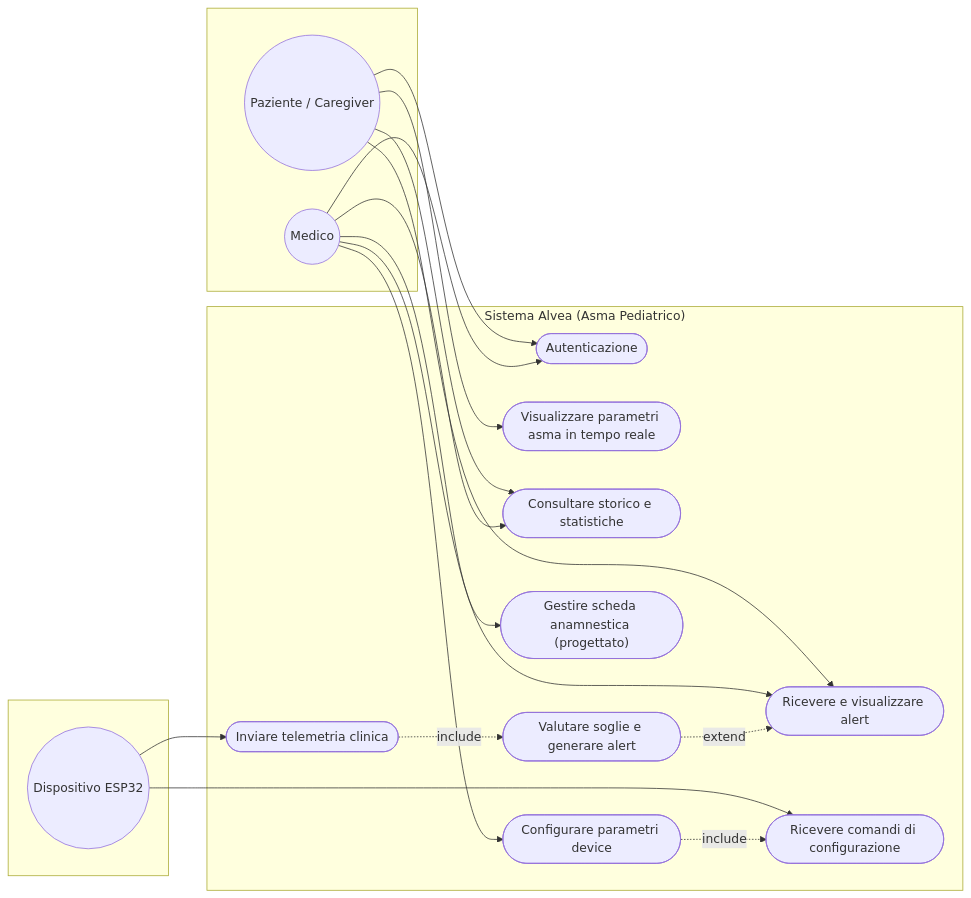
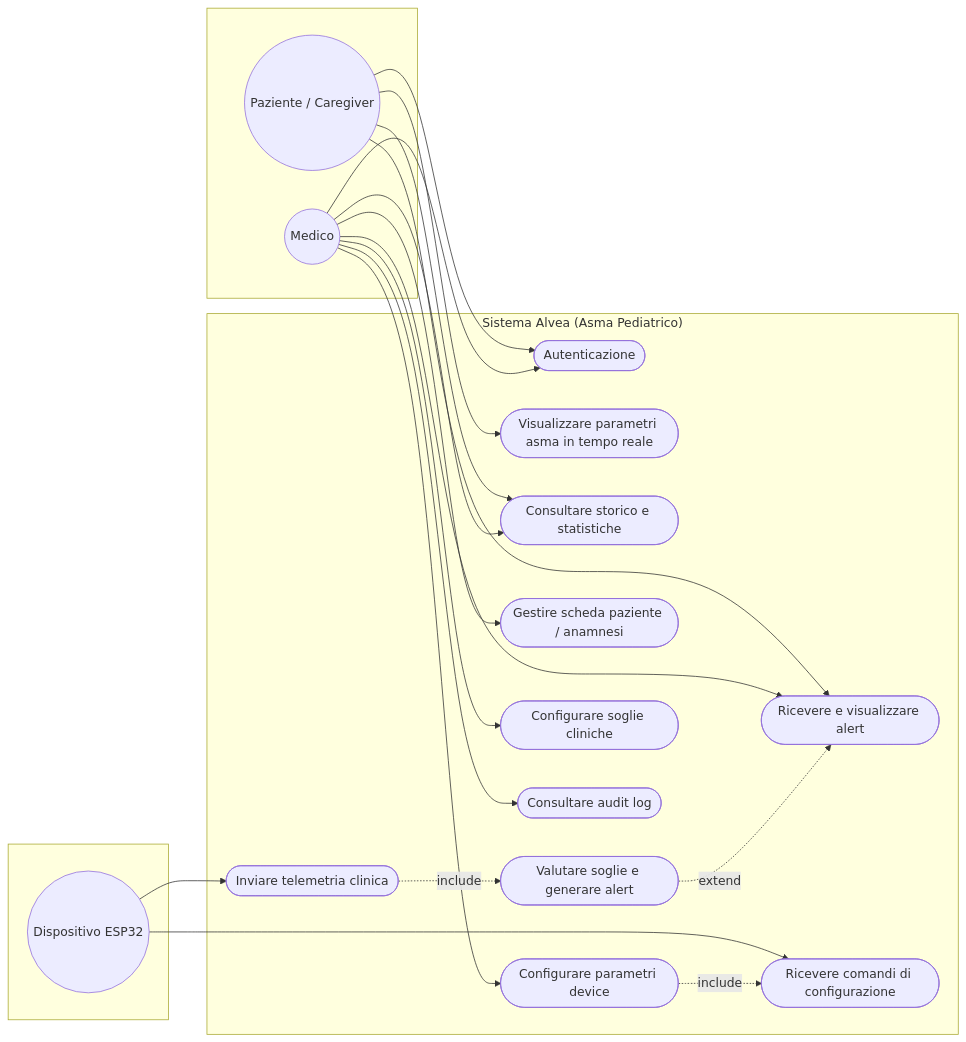
The diagram in docs/02-use-case.md (acrisci05/Alvea), drawn with Mermaid before and after one commit. The commit also changed other lines of this file and 2 other files, not shown here.

````diff
--- a/docs/02-use-case.md
+++ b/docs/02-use-case.md
@@ -9,41 +10,45 @@
 ```mermaid
 flowchart LR
     subgraph attori_primari[" "]
         PAZ((Paziente / Caregiver))
         MED((Medico))
     end
     
     subgraph Sistema["Sistema Alvea (Asma Pediatrico)"]
         UC1(["Autenticazione"])
         UC2(["Visualizzare parametri asma in tempo reale"])
         UC3(["Ricevere e visualizzare alert"])
         UC4(["Consultare storico e statistiche"])
         UC5(["Configurare parametri device"])
-        UC6(["Gestire scheda anamnestica (progettato)"])
+        UC6(["Gestire scheda paziente / anamnesi"])
         UC7(["Inviare telemetria clinica"])
         UC8(["Ricevere comandi di configurazione"])
         UC9(["Valutare soglie e generare alert"])
+        UC10(["Configurare soglie cliniche"])
+        UC11(["Consultare audit log"])
     end
     
     subgraph attori_secondari[" "]
         ESP((Dispositivo ESP32))
     end
 
     PAZ --> UC1
     PAZ --> UC2
     PAZ --> UC3
     PAZ --> UC4
 
     MED --> UC1
     MED --> UC3
     MED --> UC4
     MED --> UC5
     MED --> UC6
+    MED --> UC10
+    MED --> UC11
 
     ESP --> UC7
     ESP --> UC8
 
     UC7 -. include .-> UC9
     UC9 -. extend .-> UC3
     UC5 -. include .-> UC8
 ```
````
